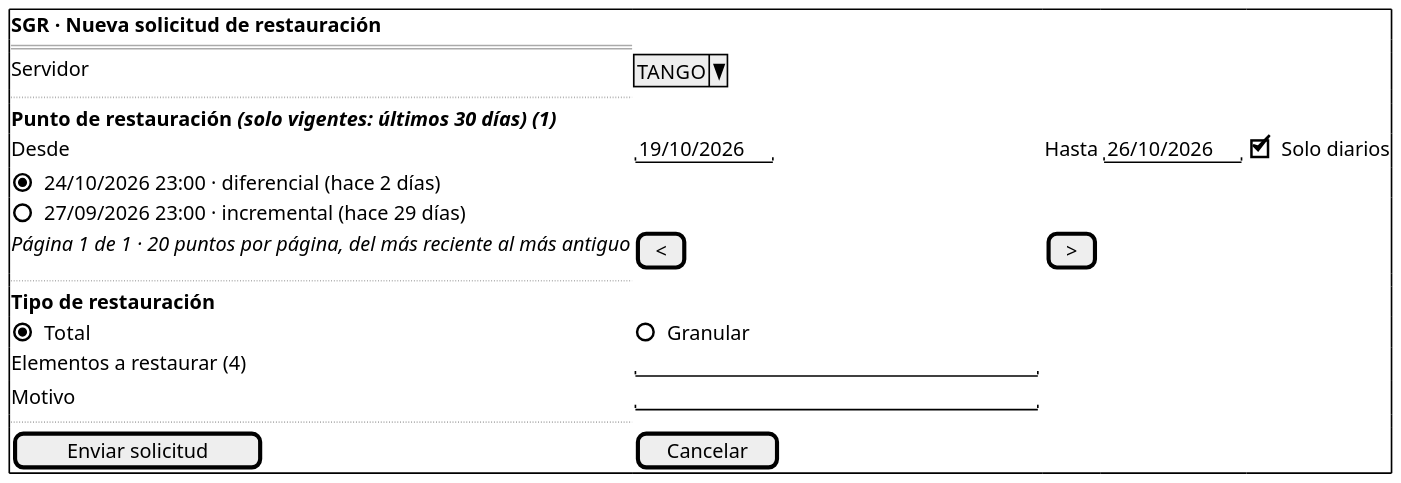
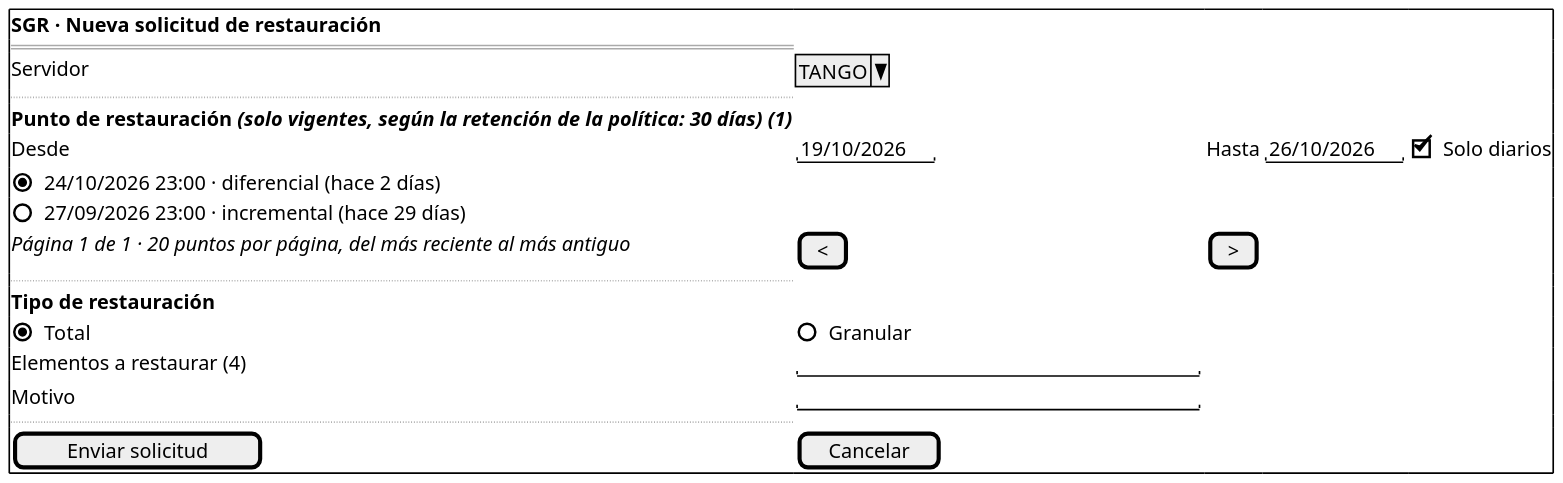
The diagram in prototipo/fuentes/HU-014-p1-solicitud.puml (Julito-Art/ModelacionGruipo17), drawn with PlantUML before and after one commit.

```diff
--- a/prototipo/fuentes/HU-014-p1-solicitud.puml
+++ b/prototipo/fuentes/HU-014-p1-solicitud.puml
@@ -1,21 +1,21 @@
 @startsalt
 scale 1.8
 {+
 <b>SGR · Nueva solicitud de restauración
 ==
 Servidor | ^TANGO^
 ..
-<b>Punto de restauración <i>(solo vigentes: últimos 30 días) (1)
+<b>Punto de restauración <i>(solo vigentes, según la retención de la política: 30 días) (1)
 Desde | "19/10/2026" | Hasta | "26/10/2026" | [X] Solo diarios
 (X) 24/10/2026 23:00 · diferencial (hace 2 días)
 ( ) 27/09/2026 23:00 · incremental (hace 29 días)
 <i>Página 1 de 1 · 20 puntos por página, del más reciente al más antiguo | [ < ] | [ > ]
 ..
 <b>Tipo de restauración
 (X) Total | ( ) Granular
 Elementos a restaurar (4) | "                              "
 Motivo | "                              "
 ..
 [ Enviar solicitud ] | [ Cancelar ]
 }
 @endsalt
```
